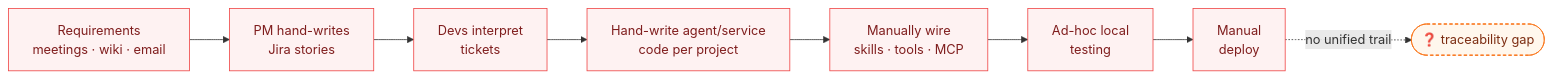
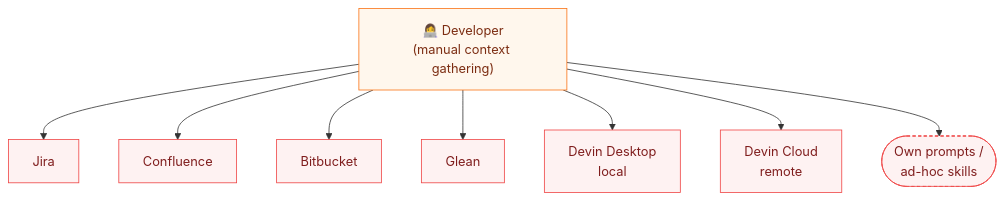
The first of 3 diagrams in docs/design/01-development-lifecycle.md (VcCorg/keelyard), drawn with Mermaid before and after one commit. The commit also changed other lines of this file and 2 other files, not shown here.

First line of the commit message:
docs(design): re-cast to the real current→new state (unified tool)

````diff
--- a/docs/design/01-development-lifecycle.md
+++ b/docs/design/01-development-lifecycle.md
@@ -14,15 +15,18 @@
 ```mermaid
-flowchart LR
-  R["Requirements<br/>meetings · wiki · email"] --> P["PM hand-writes<br/>Jira stories"]
-  P --> D["Devs interpret<br/>tickets"]
-  D --> C["Hand-write agent/service<br/>code per project"]
-  C --> W["Manually wire<br/>skills · tools · MCP"]
-  W --> T["Ad-hoc local<br/>testing"]
-  T --> Y["Manual<br/>deploy"]
-  Y -. "no unified trail" .-> Q(["❓ traceability gap"])
+flowchart TB
+  DEV["👩‍💻 Developer<br/>(manual context gathering)"]
+  DEV --> J["Jira"]
+  DEV --> C["Confluence"]
+  DEV --> B["Bitbucket"]
+  DEV --> G["Glean"]
+  DEV --> DL["Devin Desktop<br/>local"]
+  DEV --> DC["Devin Cloud<br/>remote"]
+  DEV --> PR(["Own prompts /<br/>ad-hoc skills"])
 
-  classDef pain fill:#fef2f2,stroke:#ef4444,color:#7f1d1d;
-  classDef gap fill:#fff7ed,stroke:#f97316,color:#7c2d12,stroke-dasharray:4 3;
-  class R,P,D,C,W,T,Y pain;
-  class Q gap;
+  classDef dev fill:#fff7ed,stroke:#f97316,color:#7c2d12;
+  classDef tool fill:#fef2f2,stroke:#ef4444,color:#7f1d1d;
+  classDef chaos fill:#fef2f2,stroke:#ef4444,color:#7f1d1d,stroke-dasharray:4 3;
+  class DEV dev;
+  class J,C,B,G,DL,DC tool;
+  class PR chaos;
 ```
````
